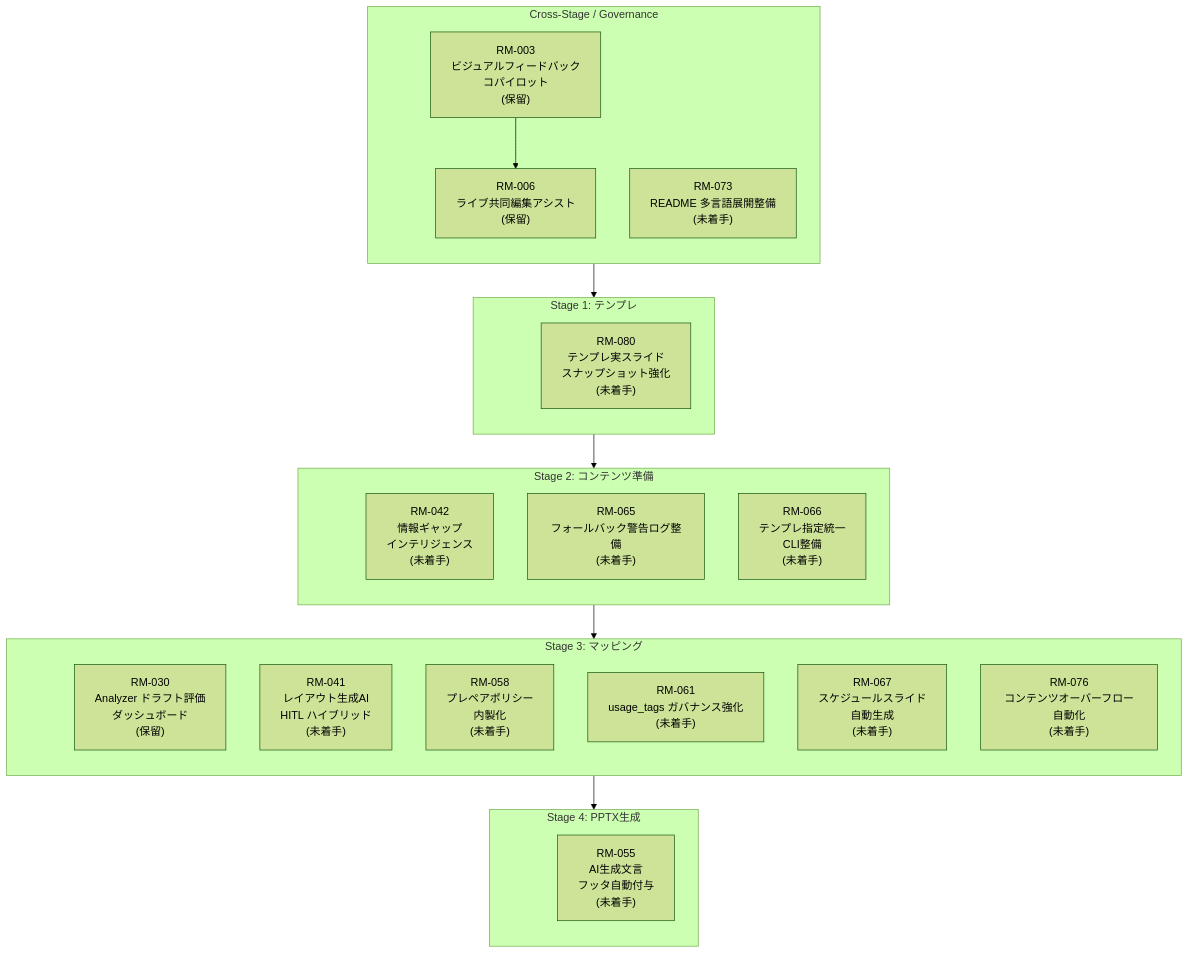
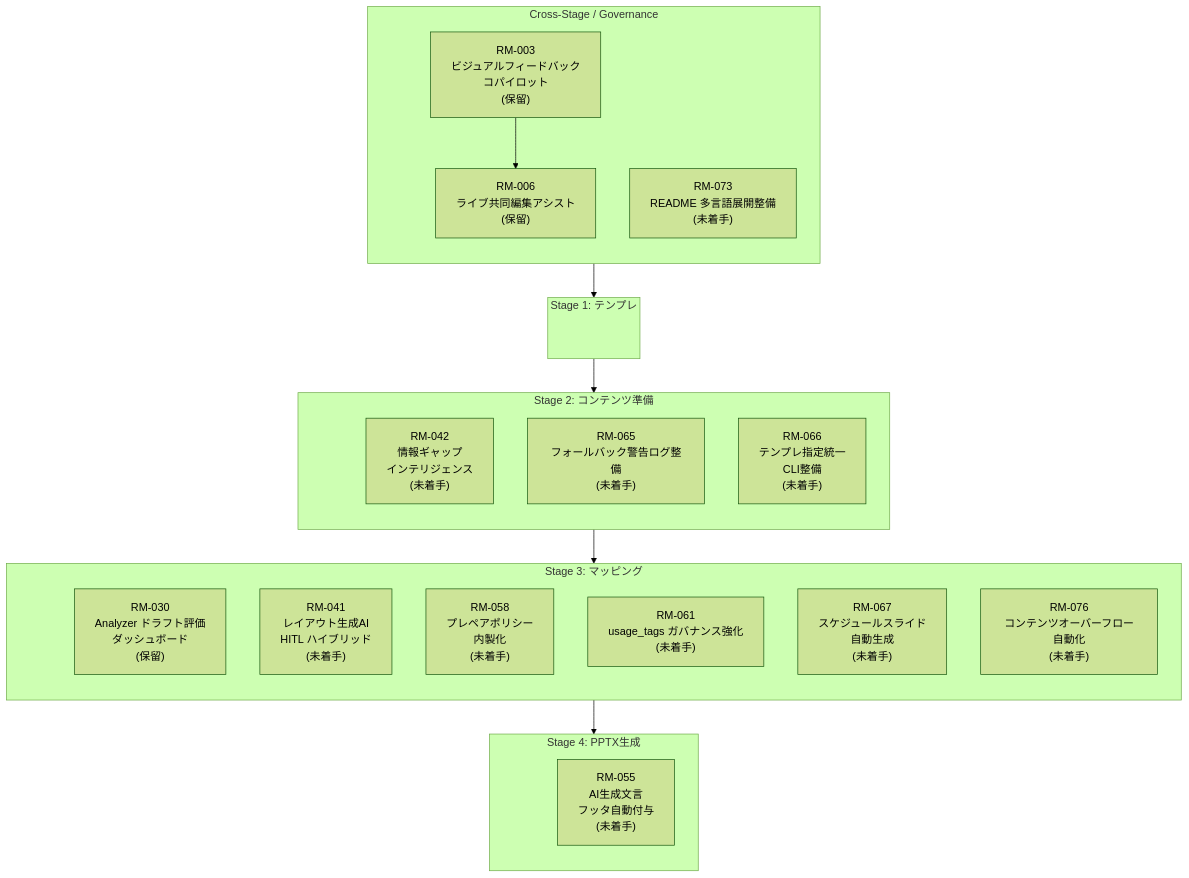
Before and after one commit to yurake/pptx_generator: the diagram in docs/roadmap/roadmap.md, drawn with Mermaid (forest theme). The commit also changed other lines of this file and 1 other file, not shown here.

````diff
--- a/docs/roadmap/roadmap.md
+++ b/docs/roadmap/roadmap.md
@@ -25,51 +25,50 @@
 ```mermaid
 flowchart TB
     subgraph GOV["Cross-Stage / Governance"]
         direction TB
         GOV_ANCHOR(( ))
         RM003["RM-003<br/>ビジュアルフィードバック<br/>コパイロット<br/>(保留)"]
         RM006["RM-006<br/>ライブ共同編集アシスト<br/>(保留)"]
         RM073["RM-073<br/>README 多言語展開整備<br/>(未着手)"]
     end
 
     subgraph ST1["Stage 1: テンプレ"]
         direction TB
         ST1_ANCHOR(( ))
-        RM080["RM-080<br/>テンプレ実スライド<br/>スナップショット強化<br/>(未着手)"]
     end
 
     subgraph ST2["Stage 2: コンテンツ準備"]
         direction TB
         ST2_ANCHOR(( ))
         RM042["RM-042<br/>情報ギャップ<br/>インテリジェンス<br/>(未着手)"]
         RM065["RM-065<br/>フォールバック警告ログ整備<br/>(未着手)"]
         RM066["RM-066<br/>テンプレ指定統一<br/>CLI整備<br/>(未着手)"]
     end
 
     subgraph ST3["Stage 3: マッピング"]
         direction TB
         ST3_ANCHOR(( ))
         RM030["RM-030<br/>Analyzer ドラフト評価<br/>ダッシュボード<br/>(保留)"]
         RM041["RM-041<br/>レイアウト生成AI<br/>HITL ハイブリッド<br/>(未着手)"]
         RM058["RM-058<br/>プレペアポリシー<br/>内製化<br/>(未着手)"]
         RM061["RM-061<br/>usage_tags ガバナンス強化<br/>(未着手)"]
         RM067["RM-067<br/>スケジュールスライド<br/>自動生成<br/>(未着手)"]
         RM076["RM-076<br/>コンテンツオーバーフロー自動化<br/>(未着手)"]
     end
 
     subgraph ST4["Stage 4: PPTX生成"]
         direction TB
         ST4_ANCHOR(( ))
         RM055["RM-055<br/>AI生成文言<br/>フッタ自動付与<br/>(未着手)"]
     end
 
     style GOV_ANCHOR fill:transparent,stroke:transparent
     style ST1_ANCHOR fill:transparent,stroke:transparent
     style ST2_ANCHOR fill:transparent,stroke:transparent
     style ST3_ANCHOR fill:transparent,stroke:transparent
     style ST4_ANCHOR fill:transparent,stroke:transparent
 
     GOV_ANCHOR --> ST1_ANCHOR --> ST2_ANCHOR --> ST3_ANCHOR --> ST4_ANCHOR
 
     RM003 --> RM006
 ```
````
